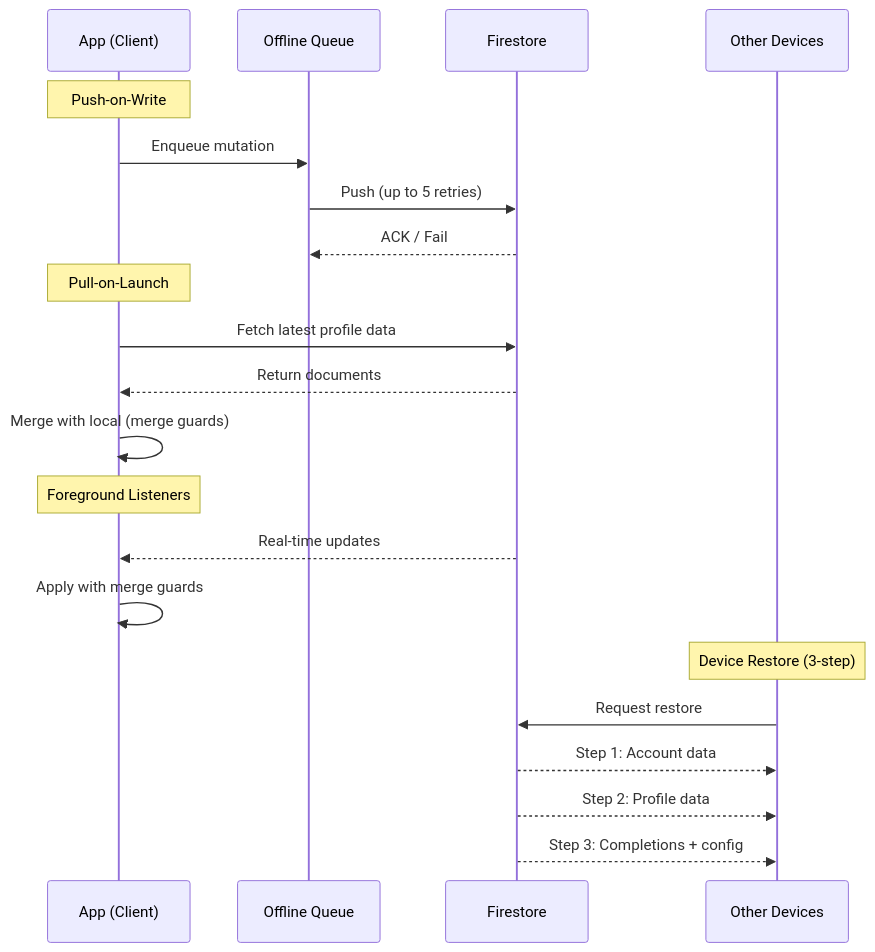
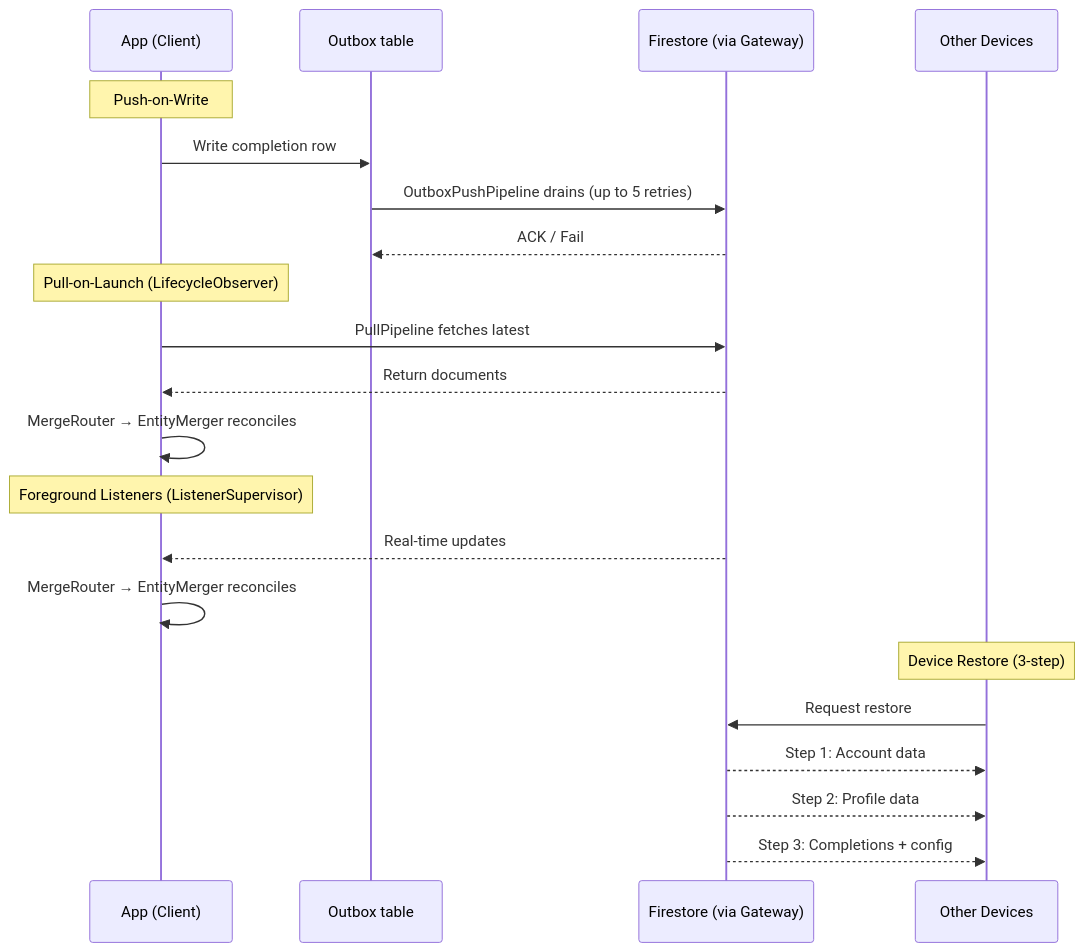
The fourth of 4 diagrams in docs/architecture.md (dniasoff/learning-tracker), drawn with Mermaid before and after one commit. The commit also changed other lines of this file and 2 other files, not shown here.

Commit message:
docs(DNI-391): rewrite architecture.md to match rebuild reality + gen_arch_tables tool (27.15)

````diff
--- a/docs/architecture.md
+++ b/docs/architecture.md
@@ -311,27 +357,27 @@
 ```mermaid
 sequenceDiagram
     participant App as App (Client)
-    participant OQ as Offline Queue
-    participant FS as Firestore
+    participant Outbox as Outbox table
+    participant FS as Firestore (via Gateway)
     participant Other as Other Devices
 
     Note over App: Push-on-Write
-    App->>OQ: Enqueue mutation
-    OQ->>FS: Push (up to 5 retries)
-    FS-->>OQ: ACK / Fail
+    App->>Outbox: Write completion row
+    Outbox->>FS: OutboxPushPipeline drains (up to 5 retries)
+    FS-->>Outbox: ACK / Fail
 
-    Note over App: Pull-on-Launch
-    App->>FS: Fetch latest profile data
+    Note over App: Pull-on-Launch (LifecycleObserver)
+    App->>FS: PullPipeline fetches latest
     FS-->>App: Return documents
-    App->>App: Merge with local (merge guards)
+    App->>App: MergeRouter → EntityMerger reconciles
 
-    Note over App: Foreground Listeners
+    Note over App: Foreground Listeners (ListenerSupervisor)
     FS-->>App: Real-time updates
-    App->>App: Apply with merge guards
+    App->>App: MergeRouter → EntityMerger reconciles
 
     Note over Other: Device Restore (3-step)
     Other->>FS: Request restore
     FS-->>Other: Step 1: Account data
     FS-->>Other: Step 2: Profile data
     FS-->>Other: Step 3: Completions + config
 ```
````
